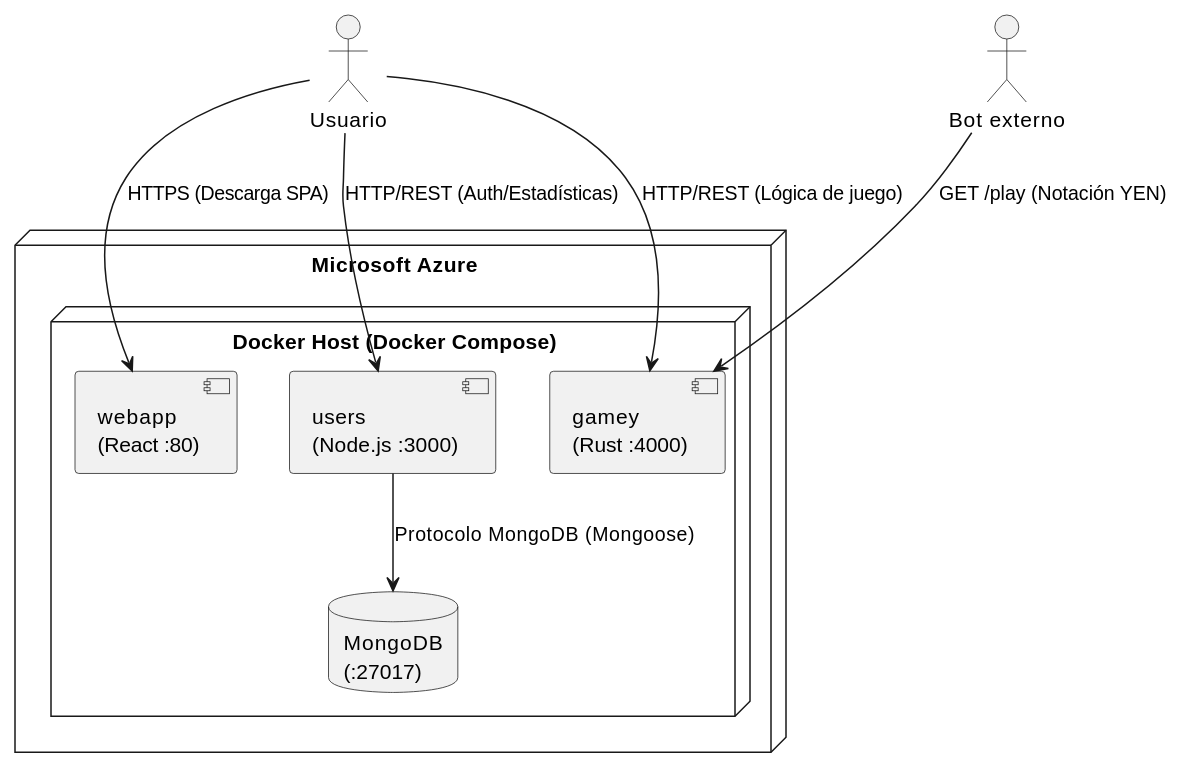
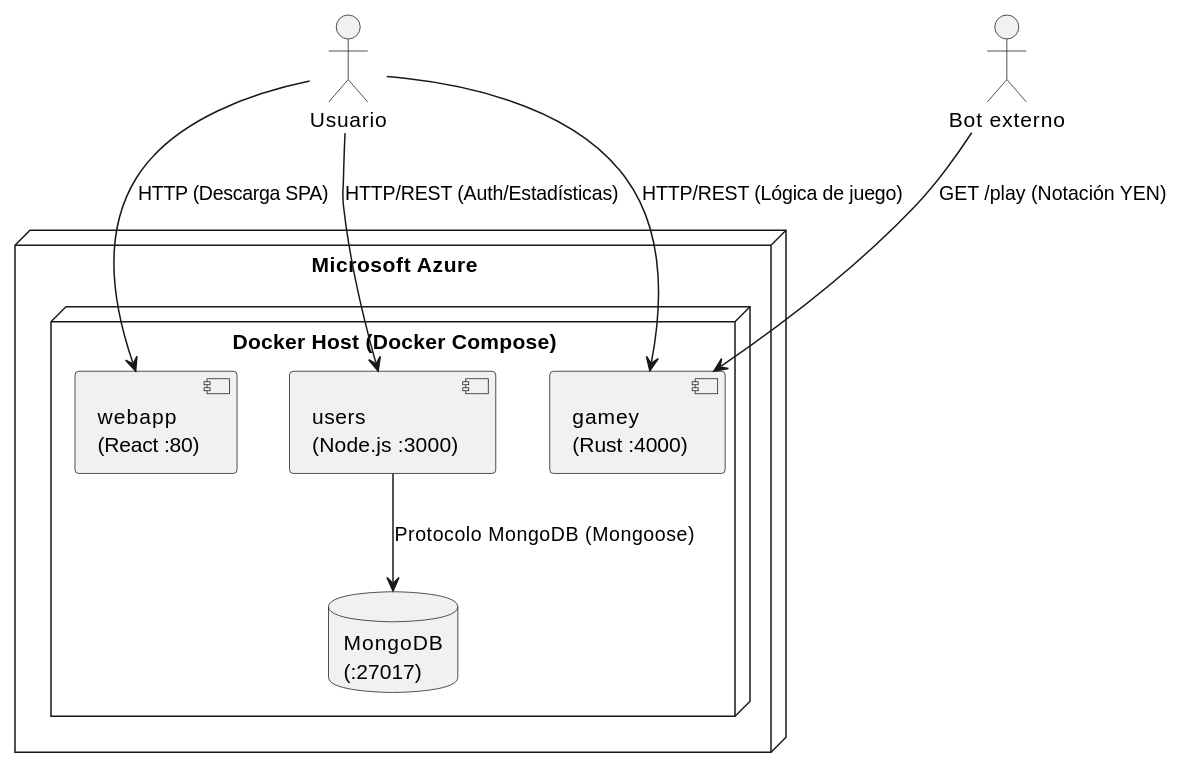
The diagram in docs/src/07_deployment_view.adoc (Arquisoft/yovi_es2a), drawn with PlantUML before and after one commit. The commit also changed 4 other files, not shown here.

```diff
--- a/docs/src/07_deployment_view.adoc
+++ b/docs/src/07_deployment_view.adoc
@@ -53,29 +53,29 @@
 [plantuml, deployment-diagram, png]
 ....
 @startuml
 node "Microsoft Azure" {
     node "Docker Host (Docker Compose)" {
         component "webapp\n(React :80)" as webapp
         component "users\n(Node.js :3000)" as users
         component "gamey\n(Rust :4000)" as gamey
         database "MongoDB\n(:27017)" as mongo
     }
 }
 
 actor "Usuario" as user
 actor "Bot externo" as bot
 
 ' El usuario se descarga la web
-user --> webapp : HTTPS (Descarga SPA)
+user --> webapp : HTTP (Descarga SPA)
 
 ' El navegador del usuario ataca a las APIs
 user --> users : HTTP/REST (Auth/Estadísticas)
 user --> gamey : HTTP/REST (Lógica de juego)
 
 ' El bot ataca directamente al motor
 bot --> gamey : GET /play (Notación YEN)
 
 ' Conexión interna de BD
 users --> mongo : Protocolo MongoDB (Mongoose)
 @enduml
 ....
```
